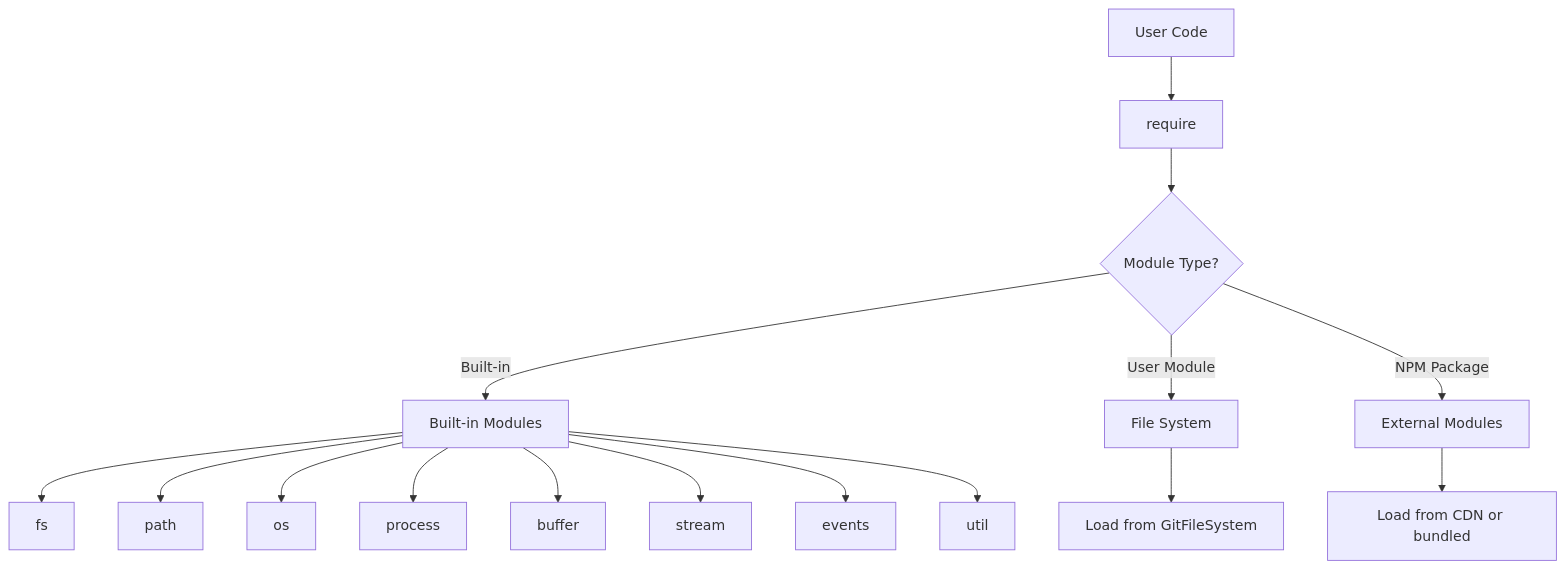
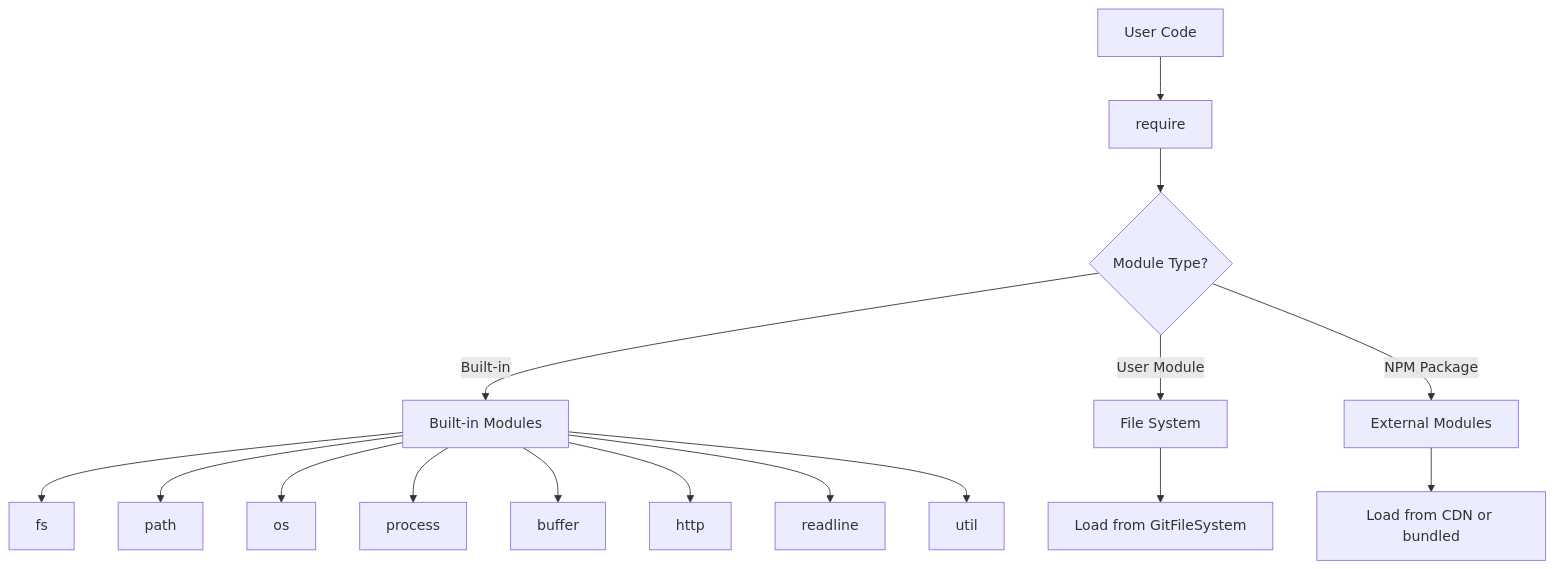
The fourth of 20 diagrams in docs/NODE-RUNTIME.md (Stasshe/Pyxis-CodeCanvas), drawn with Mermaid before and after one commit. The commit also changed other lines of this file and 4 other files, not shown here.

````diff
--- a/docs/NODE-RUNTIME.md
+++ b/docs/NODE-RUNTIME.md
@@ -165,21 +165,21 @@
 ```mermaid
 graph TB
     A[User Code] --> B[require]
     B --> C{Module Type?}
     
     C -->|Built-in| D[Built-in Modules]
     C -->|User Module| E[File System]
     C -->|NPM Package| F[External Modules]
     
     D --> D1[fs]
     D --> D2[path]
     D --> D3[os]
     D --> D4[process]
     D --> D5[buffer]
-    D --> D6[stream]
-    D --> D7[events]
+    D --> D6[http]
+    D --> D7[readline]
     D --> D8[util]
     
     E --> G[Load from GitFileSystem]
     F --> H[Load from CDN or bundled]
 ```
````
